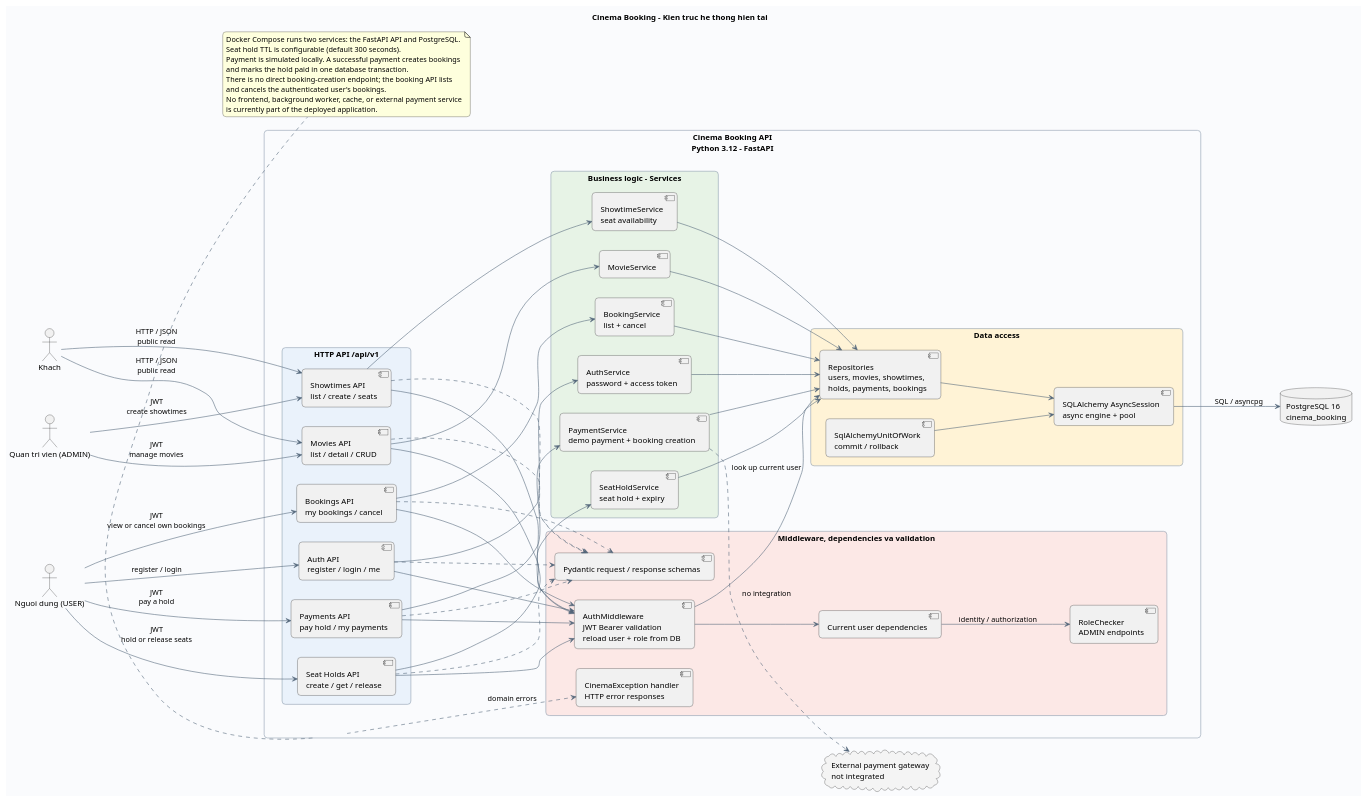
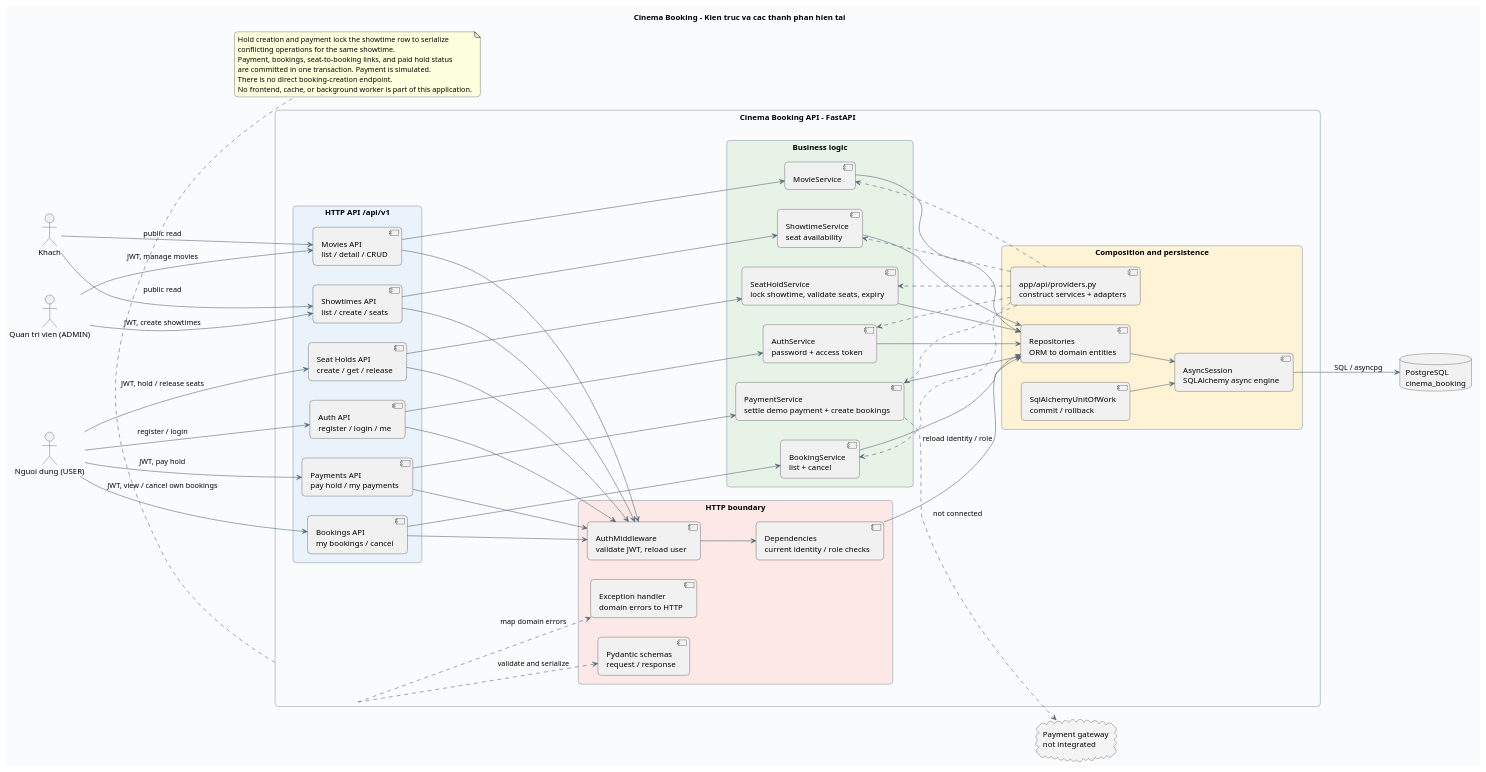
One commit to tuanduy010806/Cinema-Booking changed the first of 2 diagrams in docs/diagrams/architecture.puml. Above: the diagram before and after it, drawn with PlantUML. The commit also changed other lines of this file and 37 other files, not shown here.

Commit message:
Update booking flow, setup docs, and load test

```diff
--- a/docs/diagrams/architecture.puml
+++ b/docs/diagrams/architecture.puml
@@ -1,109 +1,104 @@
 @startuml
-title Cinema Booking - Kien truc he thong hien tai
-
+title Cinema Booking - Kien truc va cac thanh phan hien tai
 left to right direction
 skinparam backgroundColor #FAFBFD
 skinparam shadowing false
 skinparam roundcorner 12
 skinparam packageStyle rectangle
 skinparam defaultFontName Arial
 skinparam ArrowColor #526579
 skinparam packageBorderColor #8A9BAD
 
 actor "Khach" as Guest
 actor "Nguoi dung (USER)" as User
 actor "Quan tri vien (ADMIN)" as Admin
 
-rectangle "Cinema Booking API\nPython 3.12 - FastAPI" as API {
+rectangle "Cinema Booking API - FastAPI" as API {
   package "HTTP API /api/v1" #EAF2FB {
     component "Auth API\nregister / login / me" as AuthAPI
     component "Movies API\nlist / detail / CRUD" as MovieAPI
     component "Showtimes API\nlist / create / seats" as ShowtimeAPI
     component "Seat Holds API\ncreate / get / release" as HoldAPI
     component "Payments API\npay hold / my payments" as PaymentAPI
     component "Bookings API\nmy bookings / cancel" as BookingAPI
   }
 
-  package "Middleware, dependencies va validation" #FCE8E6 {
-    component "AuthMiddleware\nJWT Bearer validation\nreload user + role from DB" as AuthMiddleware
-    component "Current user dependencies" as CurrentUser
-    component "RoleChecker\nADMIN endpoints" as RoleChecker
-    component "Pydantic request / response schemas" as Schemas
-    component "CinemaException handler\nHTTP error responses" as ErrorHandler
+  package "HTTP boundary" #FCE8E6 {
+    component "AuthMiddleware\nvalidate JWT, reload user" as AuthMiddleware
+    component "Dependencies\ncurrent identity / role checks" as Dependencies
+    component "Pydantic schemas\nrequest / response" as Schemas
+    component "Exception handler\ndomain errors to HTTP" as ErrorHandler
   }
 
-  package "Business logic - Services" #E7F3E6 {
+  package "Business logic" #E7F3E6 {
     component "AuthService\npassword + access token" as AuthService
     component "MovieService" as MovieService
     component "ShowtimeService\nseat availability" as ShowtimeService
-    component "SeatHoldService\nseat hold + expiry" as HoldService
-    component "PaymentService\ndemo payment + booking creation" as PaymentService
+    component "SeatHoldService\nlock showtime, validate seats, expiry" as HoldService
+    component "PaymentService\nsettle demo payment + create bookings" as PaymentService
     component "BookingService\nlist + cancel" as BookingService
   }
 
-  package "Data access" #FFF3D6 {
-    component "Repositories\nusers, movies, showtimes,\nholds, payments, bookings" as Repositories
+  package "Composition and persistence" #FFF3D6 {
+    component "app/api/providers.py\nconstruct services + adapters" as Providers
+    component "Repositories\nORM to domain entities" as Repositories
     component "SqlAlchemyUnitOfWork\ncommit / rollback" as UoW
-    component "SQLAlchemy AsyncSession\nasync engine + pool" as Session
+    component "AsyncSession\nSQLAlchemy async engine" as Session
   }
 }
 
-database "PostgreSQL 16\ncinema_booking" as DB
-cloud "External payment gateway\nnot integrated" as Gateway #F4F4F4
+database "PostgreSQL\ncinema_booking" as DB
+cloud "Payment gateway\nnot integrated" as Gateway #F4F4F4
 
-Guest --> MovieAPI : HTTP / JSON\npublic read
-Guest --> ShowtimeAPI : HTTP / JSON\npublic read
+Guest --> MovieAPI : public read
+Guest --> ShowtimeAPI : public read
 User --> AuthAPI : register / login
-User --> HoldAPI : JWT\nhold or release seats
-User --> PaymentAPI : JWT\npay a hold
-User --> BookingAPI : JWT\nview or cancel own bookings
-Admin --> MovieAPI : JWT\nmanage movies
-Admin --> ShowtimeAPI : JWT\ncreate showtimes
+User --> HoldAPI : JWT, hold / release seats
+User --> PaymentAPI : JWT, pay hold
+User --> BookingAPI : JWT, view / cancel own bookings
+Admin --> MovieAPI : JWT, manage movies
+Admin --> ShowtimeAPI : JWT, create showtimes
 
 AuthAPI --> AuthMiddleware
 MovieAPI --> AuthMiddleware
 ShowtimeAPI --> AuthMiddleware
 HoldAPI --> AuthMiddleware
 PaymentAPI --> AuthMiddleware
 BookingAPI --> AuthMiddleware
-AuthMiddleware --> CurrentUser
-AuthMiddleware --> Repositories : look up current user
-CurrentUser --> RoleChecker : identity / authorization
-AuthAPI ..> Schemas
-MovieAPI ..> Schemas
-ShowtimeAPI ..> Schemas
-HoldAPI ..> Schemas
-PaymentAPI ..> Schemas
-BookingAPI ..> Schemas
-API ..> ErrorHandler : domain errors
+AuthMiddleware --> Dependencies
+Dependencies --> Repositories : reload identity / role
+API ..> Schemas : validate and serialize
+API ..> ErrorHandler : map domain errors
 
 AuthAPI --> AuthService
 MovieAPI --> MovieService
 ShowtimeAPI --> ShowtimeService
 HoldAPI --> HoldService
 PaymentAPI --> PaymentService
 BookingAPI --> BookingService
-
+Providers ..> AuthService
+Providers ..> MovieService
+Providers ..> ShowtimeService
+Providers ..> HoldService
+Providers ..> PaymentService
+Providers ..> BookingService
 AuthService --> Repositories
 MovieService --> Repositories
 ShowtimeService --> Repositories
 HoldService --> Repositories
 PaymentService --> Repositories
 BookingService --> Repositories
 Repositories --> Session
 UoW --> Session
 Session --> DB : SQL / asyncpg
-PaymentService ..> Gateway : no integration
+PaymentService ..> Gateway : not connected
 
 note bottom of API
-  Docker Compose runs two services: the FastAPI API and PostgreSQL.
-  Seat hold TTL is configurable (default 300 seconds).
-  Payment is simulated locally. A successful payment creates bookings
-  and marks the hold paid in one database transaction.
-  There is no direct booking-creation endpoint; the booking API lists
-  and cancels the authenticated user's bookings.
-  No frontend, background worker, cache, or external payment service
-  is currently part of the deployed application.
+  Hold creation and payment lock the showtime row to serialize
+  conflicting operations for the same showtime.
+  Payment, bookings, seat-to-booking links, and paid hold status
+  are committed in one transaction. Payment is simulated.
+  There is no direct booking-creation endpoint.
+  No frontend, cache, or background worker is part of this application.
 end note
-
 @enduml
```
